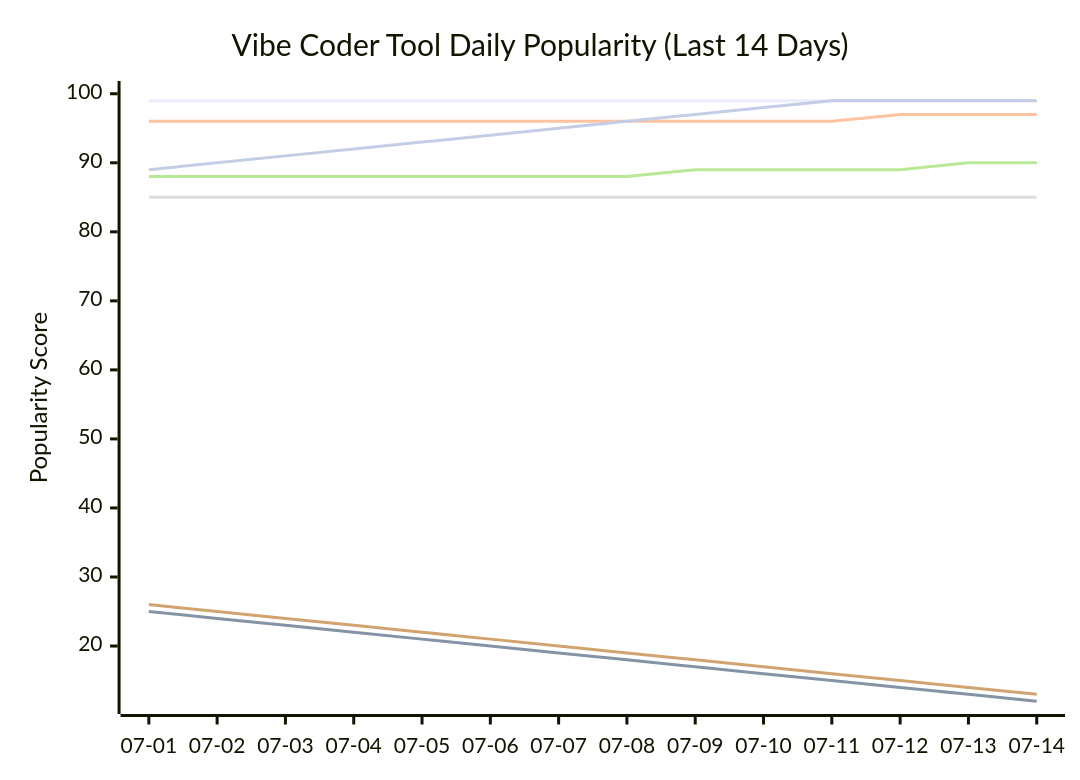
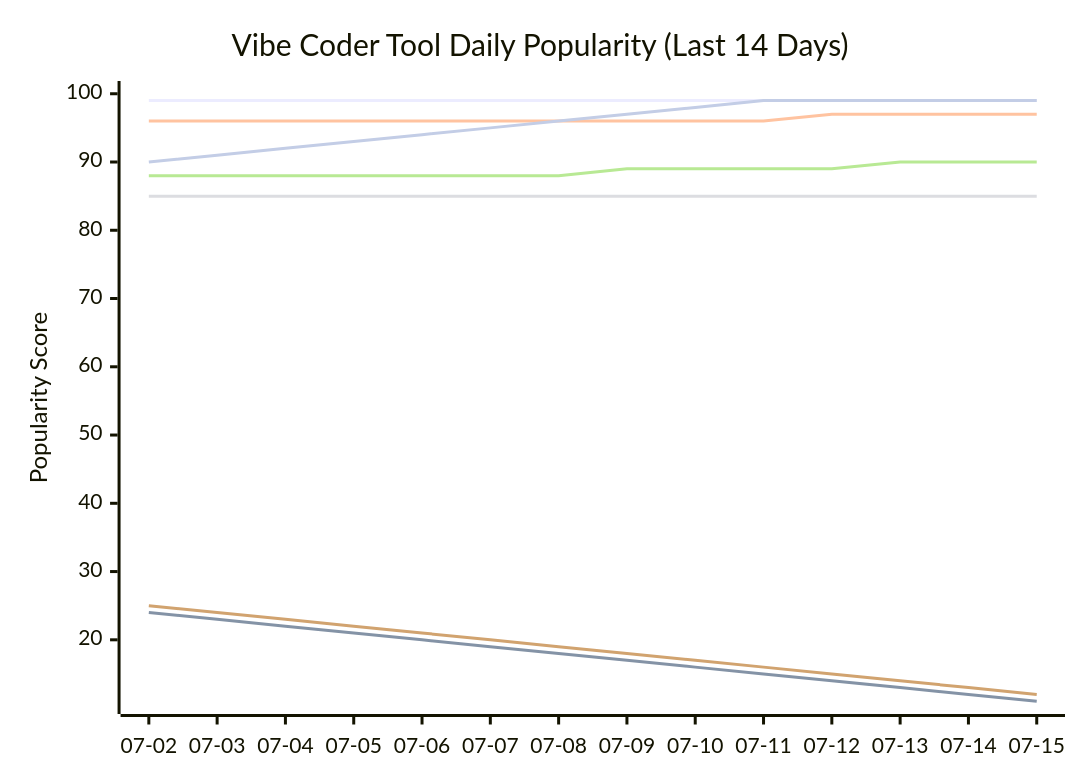
One commit to tykimos/ai-whatchelin changed the seventh of 11 diagrams in README.md. Above: the diagram before and after it, drawn with Mermaid. The commit also changed other lines of this file and 4 other files, not shown here.

````diff
--- a/README.md
+++ b/README.md
@@ -1977,13 +1989,13 @@
 ```mermaid
 xychart-beta
     title "Vibe Coder Tool Daily Popularity (Last 14 Days)"
-    x-axis ["07-01", "07-02", "07-03", "07-04", "07-05", "07-06", "07-07", "07-08", "07-09", "07-10", "07-11", "07-12", "07-13", "07-14"]
-    y-axis "Popularity Score" 12 --> 100
+    x-axis ["07-02", "07-03", "07-04", "07-05", "07-06", "07-07", "07-08", "07-09", "07-10", "07-11", "07-12", "07-13", "07-14", "07-15"]
+    y-axis "Popularity Score" 11 --> 100
     line "Claude Code" [99, 99, 99, 99, 99, 99, 99, 99, 99, 99, 99, 99, 99, 99]
-    line "GH Copilot" [25, 24, 23, 22, 21, 20, 19, 18, 17, 16, 15, 14, 13, 12]
-    line "Cursor" [96, 96, 96, 96, 96, 96, 96, 96, 96, 96, 96, 97, 97, 97]
+    line "GH Copilot" [24, 23, 22, 21, 20, 19, 18, 17, 16, 15, 14, 13, 12, 11]
+    line "Cursor" [96, 96, 96, 96, 96, 96, 96, 96, 96, 96, 97, 97, 97, 97]
     line "Windsurf" [85, 85, 85, 85, 85, 85, 85, 85, 85, 85, 85, 85, 85, 85]
-    line "Codex CLI" [88, 88, 88, 88, 88, 88, 88, 88, 89, 89, 89, 89, 90, 90]
-    line "Gemini CLI" [26, 25, 24, 23, 22, 21, 20, 19, 18, 17, 16, 15, 14, 13]
-    line "Antigravity" [89, 90, 91, 92, 93, 94, 95, 96, 97, 98, 99, 99, 99, 99]
+    line "Codex CLI" [88, 88, 88, 88, 88, 88, 88, 89, 89, 89, 89, 90, 90, 90]
+    line "Gemini CLI" [25, 24, 23, 22, 21, 20, 19, 18, 17, 16, 15, 14, 13, 12]
+    line "Antigravity" [90, 91, 92, 93, 94, 95, 96, 97, 98, 99, 99, 99, 99, 99]
 ```
````
